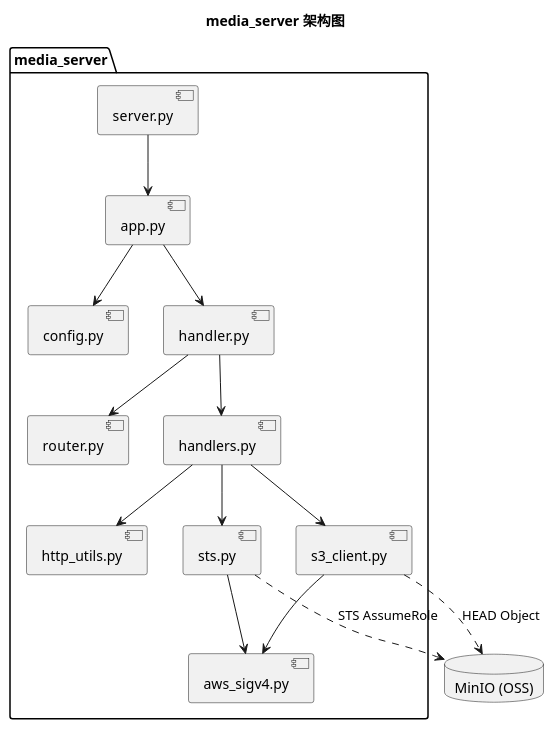
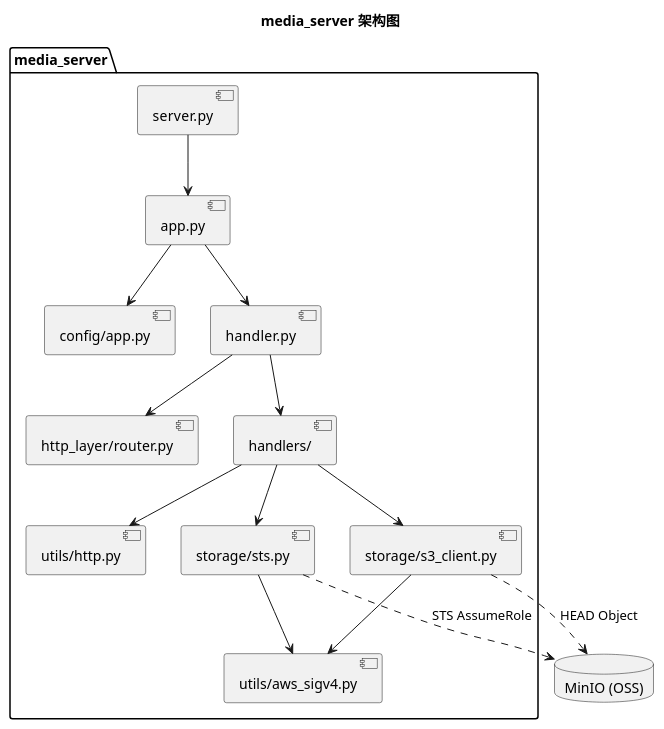
One commit to GrooveWJH/MediaServer-CloudAPI changed the second of 2 diagrams in doc/flow.md. Above: the diagram before and after it, drawn with PlantUML. The commit also changed other lines of this file and 9 other files, not shown here.

````diff
--- a/doc/flow.md
+++ b/doc/flow.md
@@ -95,26 +99,26 @@
 ```plantuml
 @startuml
 title media_server 架构图
 
 package "media_server" {
   [server.py] --> [app.py]
-  [app.py] --> [config.py]
+  [app.py] --> [config/app.py]
   [app.py] --> [handler.py]
 
-  [handler.py] --> [router.py]
-  [handler.py] --> [handlers.py]
+  [handler.py] --> [http_layer/router.py]
+  [handler.py] --> [handlers/]
 
-  [handlers.py] --> [http_utils.py]
-  [handlers.py] --> [sts.py]
-  [handlers.py] --> [s3_client.py]
+  [handlers/] --> [utils/http.py]
+  [handlers/] --> [storage/sts.py]
+  [handlers/] --> [storage/s3_client.py]
 
-  [sts.py] --> [aws_sigv4.py]
-  [s3_client.py] --> [aws_sigv4.py]
+  [storage/sts.py] --> [utils/aws_sigv4.py]
+  [storage/s3_client.py] --> [utils/aws_sigv4.py]
 }
 
 database "MinIO (OSS)" as OSS
-[sts.py] ..> OSS : STS AssumeRole
-[s3_client.py] ..> OSS : HEAD Object
+[storage/sts.py] ..> OSS : STS AssumeRole
+[storage/s3_client.py] ..> OSS : HEAD Object
 
 @enduml
 ```
````
